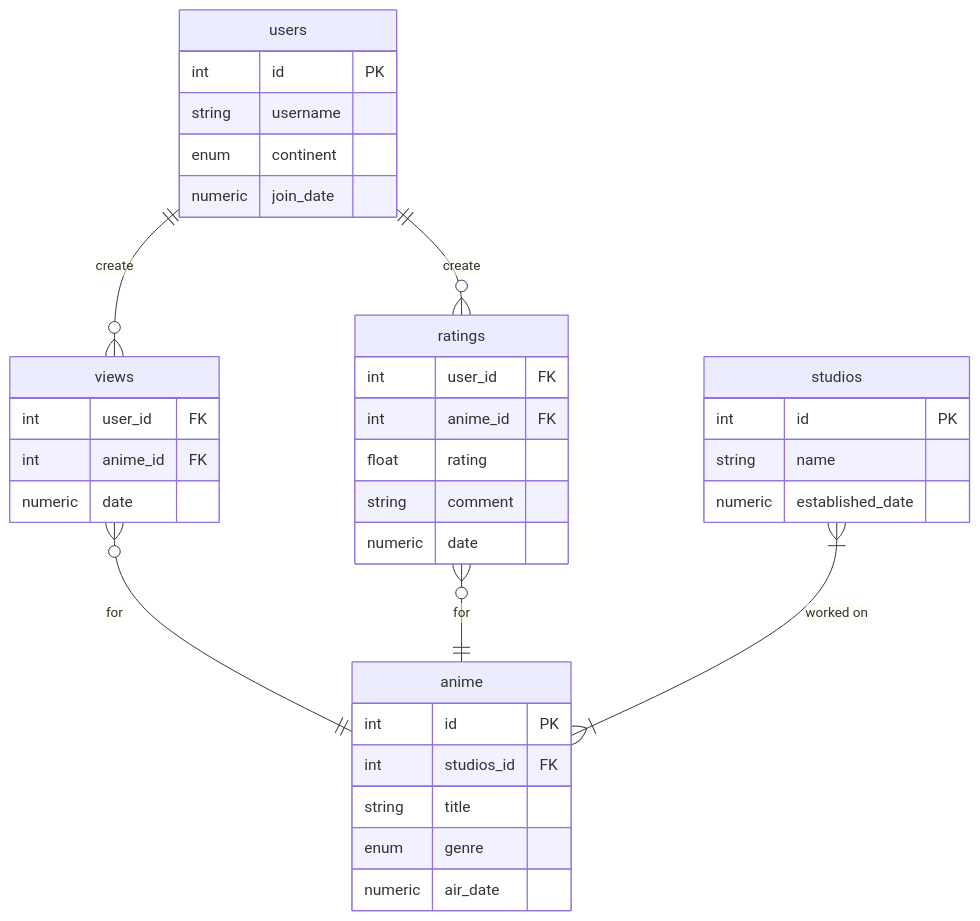
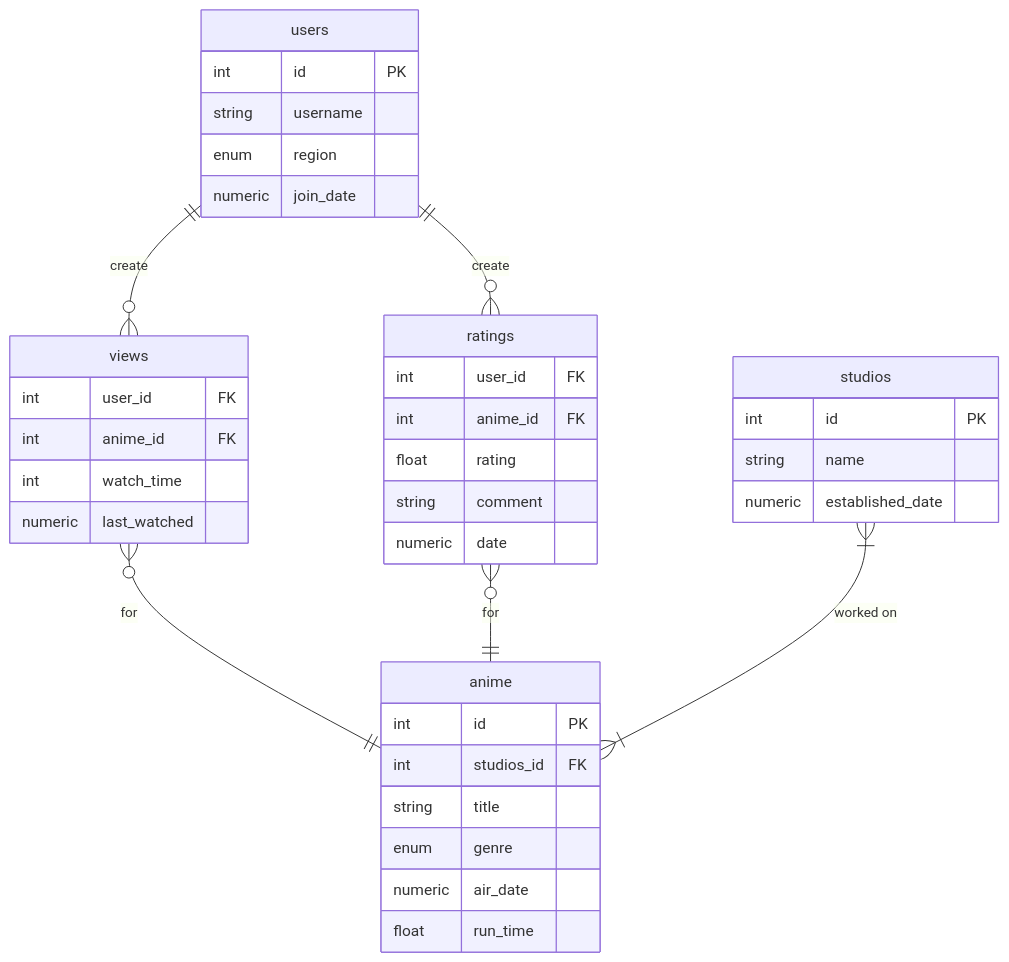
Before and after one commit to KCandy24/CCINFOM-S14-Group-1: the diagram in entity_relationship_diagram.md, drawn with Mermaid.

Commit message:
Update entity_relationship_diagram.md
+ Added run_time in anime
+ Added watch_time in views
+ Renamed date to last_watched in views
+ Renamed continent to region in users

````diff
--- a/entity_relationship_diagram.md
+++ b/entity_relationship_diagram.md
@@ -1,43 +1,45 @@
 ```mermaid
 erDiagram
     anime {
         int id PK
         int studios_id FK
         string title
         enum genre
         numeric air_date
+        float run_time
     }
     
     users {
         int id PK
         string username
-        enum continent
+        enum region
         numeric join_date
     }
 
     views {
         int user_id FK
         int anime_id FK
-        numeric date
+        int watch_time
+        numeric last_watched
     }
 
     ratings {
         int user_id FK
         int anime_id FK
         float rating
         string comment
         numeric date
     }
 
     studios {
         int id PK
         string name
         numeric established_date
     }
 
     users one to zero or many views : "create"
     views zero or many to one anime : "for"
     users one to zero or many ratings : "create"
     ratings zero or many to one anime : "for"
     studios one or many to one or many anime : "worked on"
 ```
````
